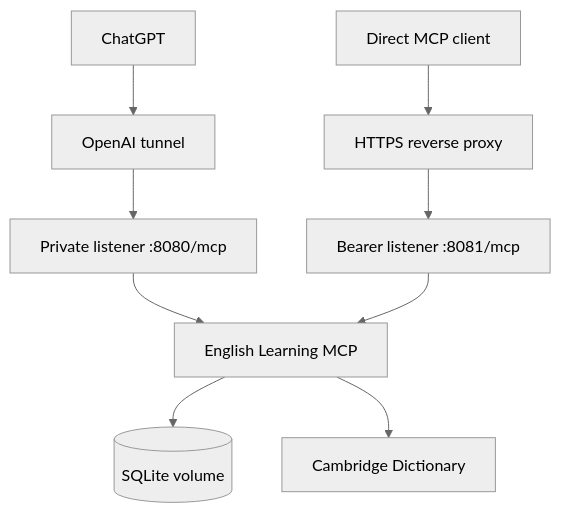
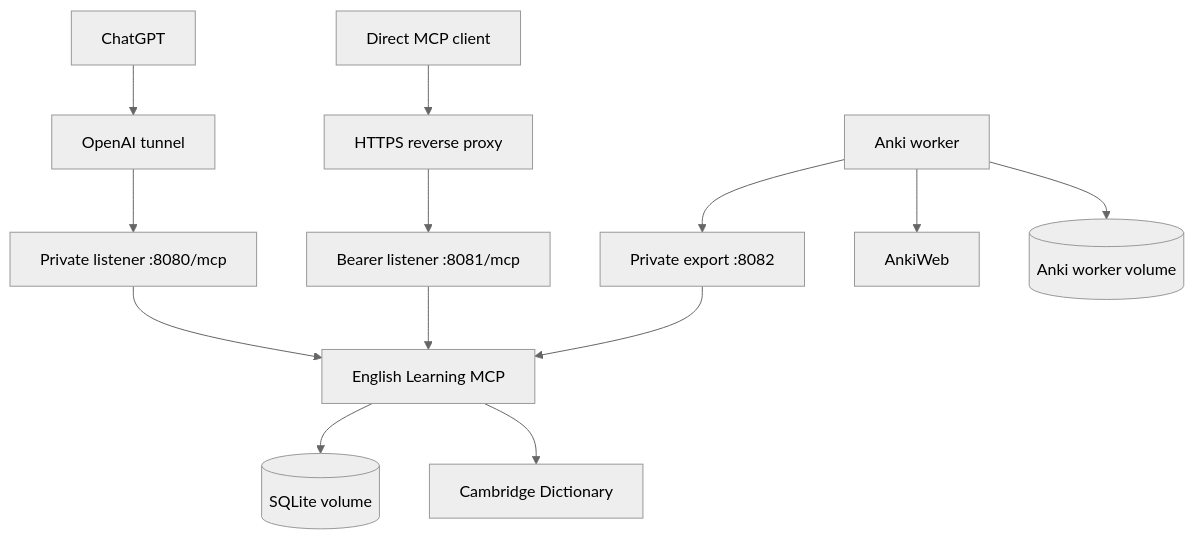
One commit to cjvnjde/chatgpt-english-mcp changed the diagram in docs/deployment.md. Above: the diagram before and after it, drawn with Mermaid (neutral theme). The commit also changed other lines of this file and 27 other files, not shown here.

````diff
--- a/docs/deployment.md
+++ b/docs/deployment.md
@@ -5,11 +5,15 @@
 ```mermaid
 flowchart TD
     A[ChatGPT] --> B[OpenAI tunnel]
     B --> C[Private listener :8080/mcp]
     D[Direct MCP client] --> E[HTTPS reverse proxy]
     E --> F[Bearer listener :8081/mcp]
     C --> G[English Learning MCP]
     F --> G
     G --> H[(SQLite volume)]
     G --> I[Cambridge Dictionary]
+    J[Anki worker] --> K[Private export :8082]
+    K --> G
+    J --> L[AnkiWeb]
+    J --> M[(Anki worker volume)]
 ```
````
